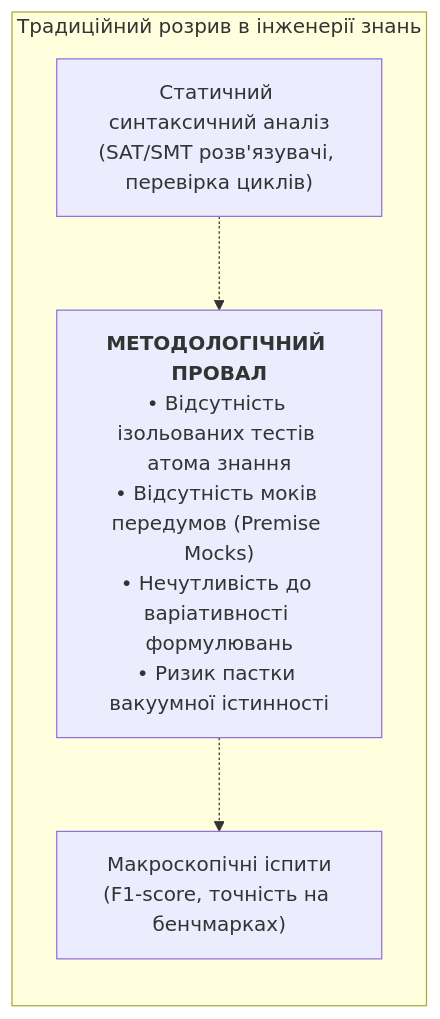
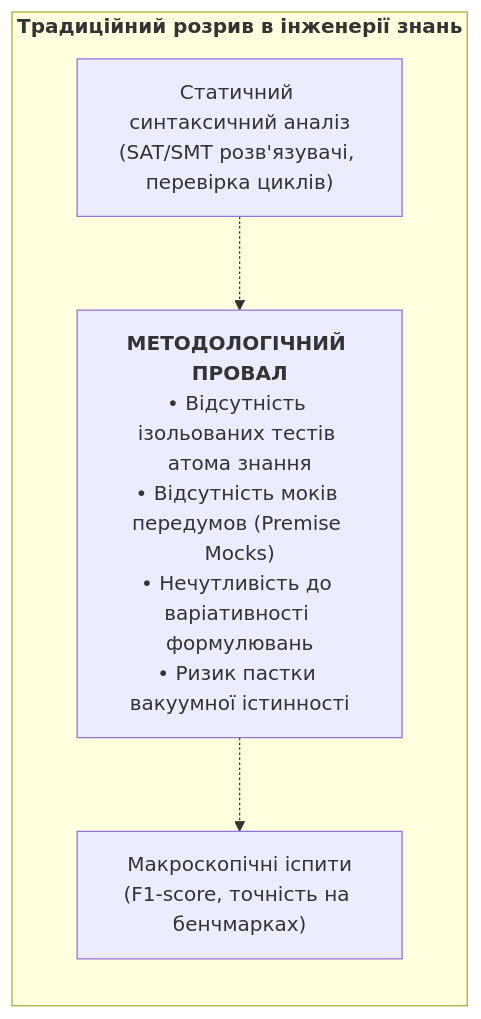
The first of 7 diagrams in ExpertSystem/ch36-knowledge-testing-pyramid-and-variational-calibration.md (nick-fedchik/articles), drawn with Mermaid before and after one commit. The commit also changed 1 other file, not shown here.

Commit message:
fix(mermaid): quote subgraph labels with parentheses and spaces in ch33 and ch36

````diff
--- a/ExpertSystem/ch36-knowledge-testing-pyramid-and-variational-calibration.md
+++ b/ExpertSystem/ch36-knowledge-testing-pyramid-and-variational-calibration.md
@@ -30,7 +30,10 @@
 ```mermaid
 flowchart LR
-    subgraph Традиційний розрив в інженерії знань
+    accTitle: Традиційний розрив в інженерії знань
+    accDescr: Провал між статичним аналізом правил та макроіспитами без ізольованого модульного тестування.
+
+    subgraph TraditionalGap["<b>Традиційний розрив в інженерії знань</b>"]
         STATIC["Статичний синтаксичний аналіз<br/>(SAT/SMT розв'язувачі, перевірка циклів)"] -.-> GAP["<b>МЕТОДОЛОГІЧНИЙ ПРОВАЛ</b><br/>• Відсутність ізольованих тестів атома знання<br/>• Відсутність моків передумов (Premise Mocks)<br/>• Нечутливість до варіативності формулювань<br/>• Ризик пастки вакуумної істинності"]
         GAP -.-> E2E["Макроскопічні іспити<br/>(F1-score, точність на бенчмарках)"]
     end
 ```
````
